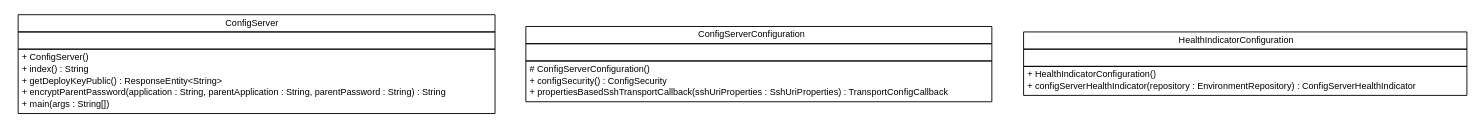
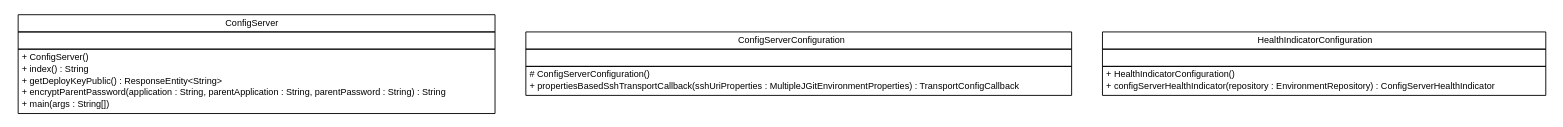
Before and after one commit to sfeng9d/spring-cloud-config: the diagram in snapshot/build-docker/maven-build-java8/spring-cloud-config/spring-cloud-config-server/apidocs/cn/home1/cloud/config/server/cn.home1.cloud.config.server.dot, drawn with Graphviz. The commit also changed 215 other files, not shown here.

```diff
--- a/snapshot/build-docker/maven-build-java8/spring-cloud-config/spring-cloud-config-server/apidocs/cn/home1/cloud/config/server/cn.home1.cloud.config.server.dot
+++ b/snapshot/build-docker/maven-build-java8/spring-cloud-config/spring-cloud-config-server/apidocs/cn/home1/cloud/config/server/cn.home1.cloud.config.server.dot
@@ -1,55 +1,54 @@
 #!/usr/local/bin/dot
 #
 # Class diagram 
 # Generated by UMLGraph version R5_6-24-gf6e263 (http://www.umlgraph.org/)
 #
 
 digraph G {
 	edge [fontname="Helvetica",fontsize=10,labelfontname="Helvetica",labelfontsize=10];
 	node [fontname="Helvetica",fontsize=10,shape=plaintext];
 	nodesep=0.25;
 	ranksep=0.5;
 	// cn.home1.cloud.config.server.ConfigServer
 	c59 [label=<<table title="cn.home1.cloud.config.server.ConfigServer" border="0" cellborder="1" cellspacing="0" cellpadding="2" port="p" href="./ConfigServer.html">
 		<tr><td><table border="0" cellspacing="0" cellpadding="1">
 <tr><td align="center" balign="center"> ConfigServer </td></tr>
 		</table></td></tr>
 		<tr><td><table border="0" cellspacing="0" cellpadding="1">
 <tr><td align="left" balign="left">  </td></tr>
 		</table></td></tr>
 		<tr><td><table border="0" cellspacing="0" cellpadding="1">
 <tr><td align="left" balign="left"> + ConfigServer() </td></tr>
 <tr><td align="left" balign="left"> + index() : String </td></tr>
 <tr><td align="left" balign="left"> + getDeployKeyPublic() : ResponseEntity&lt;String&gt; </td></tr>
 <tr><td align="left" balign="left"> + encryptParentPassword(application : String, parentApplication : String, parentPassword : String) : String </td></tr>
 <tr><td align="left" balign="left"> + main(args : String[]) </td></tr>
 		</table></td></tr>
 		</table>>, URL="./ConfigServer.html", fontname="Helvetica", fontcolor="black", fontsize=10.0];
 	// cn.home1.cloud.config.server.ConfigServer.ConfigServerConfiguration
 	c60 [label=<<table title="cn.home1.cloud.config.server.ConfigServer.ConfigServerConfiguration" border="0" cellborder="1" cellspacing="0" cellpadding="2" port="p" href="./ConfigServer.ConfigServerConfiguration.html">
 		<tr><td><table border="0" cellspacing="0" cellpadding="1">
 <tr><td align="center" balign="center"> ConfigServerConfiguration </td></tr>
 		</table></td></tr>
 		<tr><td><table border="0" cellspacing="0" cellpadding="1">
 <tr><td align="left" balign="left">  </td></tr>
 		</table></td></tr>
 		<tr><td><table border="0" cellspacing="0" cellpadding="1">
 <tr><td align="left" balign="left"> # ConfigServerConfiguration() </td></tr>
-<tr><td align="left" balign="left"> + configSecurity() : ConfigSecurity </td></tr>
-<tr><td align="left" balign="left"> + propertiesBasedSshTransportCallback(sshUriProperties : SshUriProperties) : TransportConfigCallback </td></tr>
+<tr><td align="left" balign="left"> + propertiesBasedSshTransportCallback(sshUriProperties : MultipleJGitEnvironmentProperties) : TransportConfigCallback </td></tr>
 		</table></td></tr>
 		</table>>, URL="./ConfigServer.ConfigServerConfiguration.html", fontname="Helvetica", fontcolor="black", fontsize=10.0];
 	// cn.home1.cloud.config.server.ConfigServer.HealthIndicatorConfiguration
 	c61 [label=<<table title="cn.home1.cloud.config.server.ConfigServer.HealthIndicatorConfiguration" border="0" cellborder="1" cellspacing="0" cellpadding="2" port="p" href="./ConfigServer.HealthIndicatorConfiguration.html">
 		<tr><td><table border="0" cellspacing="0" cellpadding="1">
 <tr><td align="center" balign="center"> HealthIndicatorConfiguration </td></tr>
 		</table></td></tr>
 		<tr><td><table border="0" cellspacing="0" cellpadding="1">
 <tr><td align="left" balign="left">  </td></tr>
 		</table></td></tr>
 		<tr><td><table border="0" cellspacing="0" cellpadding="1">
 <tr><td align="left" balign="left"> + HealthIndicatorConfiguration() </td></tr>
 <tr><td align="left" balign="left"> + configServerHealthIndicator(repository : EnvironmentRepository) : ConfigServerHealthIndicator </td></tr>
 		</table></td></tr>
 		</table>>, URL="./ConfigServer.HealthIndicatorConfiguration.html", fontname="Helvetica", fontcolor="black", fontsize=10.0];
 }
```
